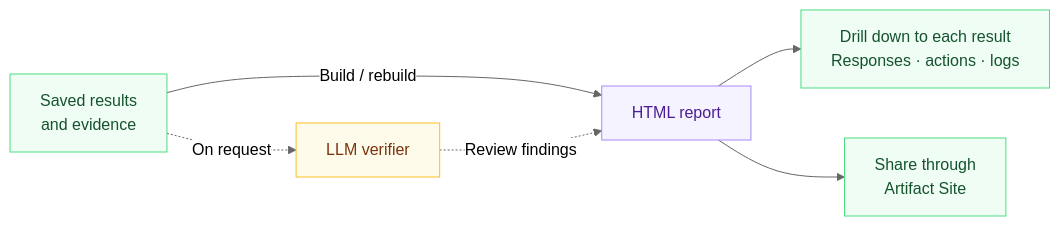
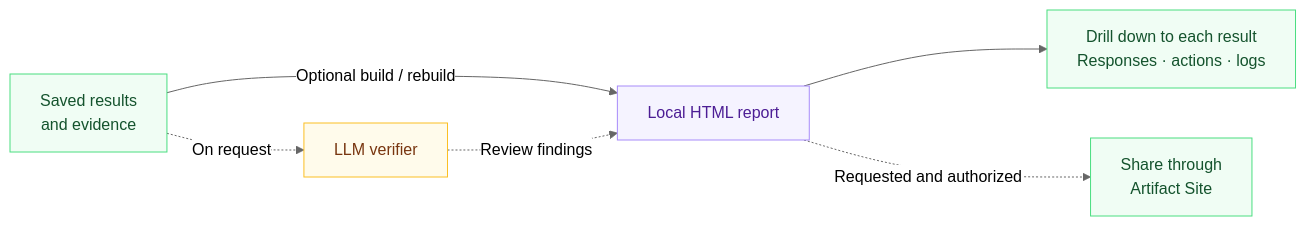
The fifth of 5 diagrams in README.md (lexmount/browser-eval), drawn with Mermaid (neutral theme) before and after one commit. The commit also changed other lines of this file and 872 other files, not shown here.

````diff
--- a/README.md
+++ b/README.md
@@ -123,12 +121,12 @@
 ```mermaid
 flowchart LR
-    A["Saved results<br/>and evidence"]:::evidence -->|Build / rebuild| B["HTML report"]:::run
+    A["Saved results<br/>and evidence"]:::evidence -->|Optional build / rebuild| B["Local HTML report"]:::run
     B --> C["Drill down to each result<br/>Responses · actions · logs"]:::evidence
-    B --> D["Share through<br/>Artifact Site"]:::evidence
+    B -. Requested and authorized .-> D["Share through<br/>Artifact Site"]:::evidence
     A -. On request .-> V["LLM verifier"]:::score
     V -. Review findings .-> B
     classDef input fill:#eff6ff,stroke:#60a5fa,color:#1e3a8a
     classDef run fill:#f5f3ff,stroke:#a78bfa,color:#4c1d95
     classDef evidence fill:#f0fdf4,stroke:#4ade80,color:#14532d
     classDef score fill:#fffbeb,stroke:#fbbf24,color:#78350f
 ```
````
